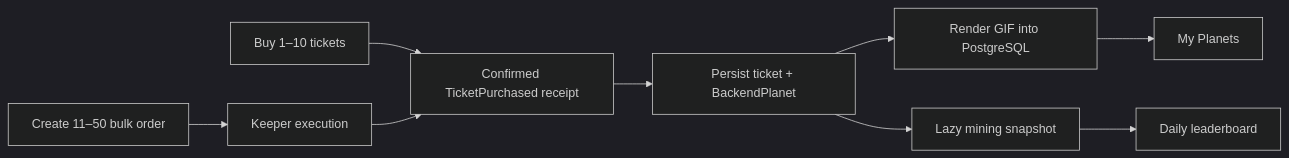
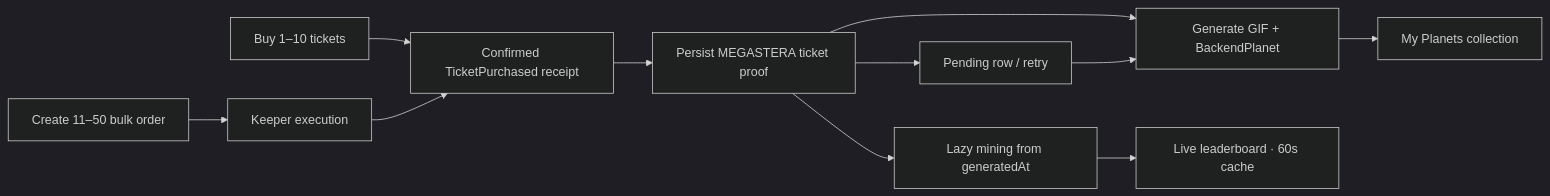
The diagram in README.md (AstralEX1/megastera), drawn with Mermaid (dark theme) before and after one commit. The commit also changed other lines of this file and 93 other files, not shown here.

Commit message:
feat: complete Megastera planet generation flow

````diff
--- a/README.md
+++ b/README.md
@@ -10,10 +10,12 @@
 ```mermaid
 flowchart LR
   A["Buy 1–10 tickets"] --> B["Confirmed TicketPurchased receipt"]
   A2["Create 11–50 bulk order"] --> A3["Keeper execution"] --> B
-  B --> C["Persist ticket + BackendPlanet"]
-  C --> D["Render GIF into PostgreSQL"]
-  D --> E["My Planets"]
-  C --> F["Lazy mining snapshot"]
-  F --> G["Daily leaderboard"]
+  B --> C["Persist MEGASTERA ticket proof"]
+  C --> D["Generate GIF + BackendPlanet"]
+  D --> E["My Planets collection"]
+  C --> P["Pending row / retry"]
+  P --> D
+  C --> F["Lazy mining from generatedAt"]
+  F --> G["Live leaderboard · 60s cache"]
 ```
````
